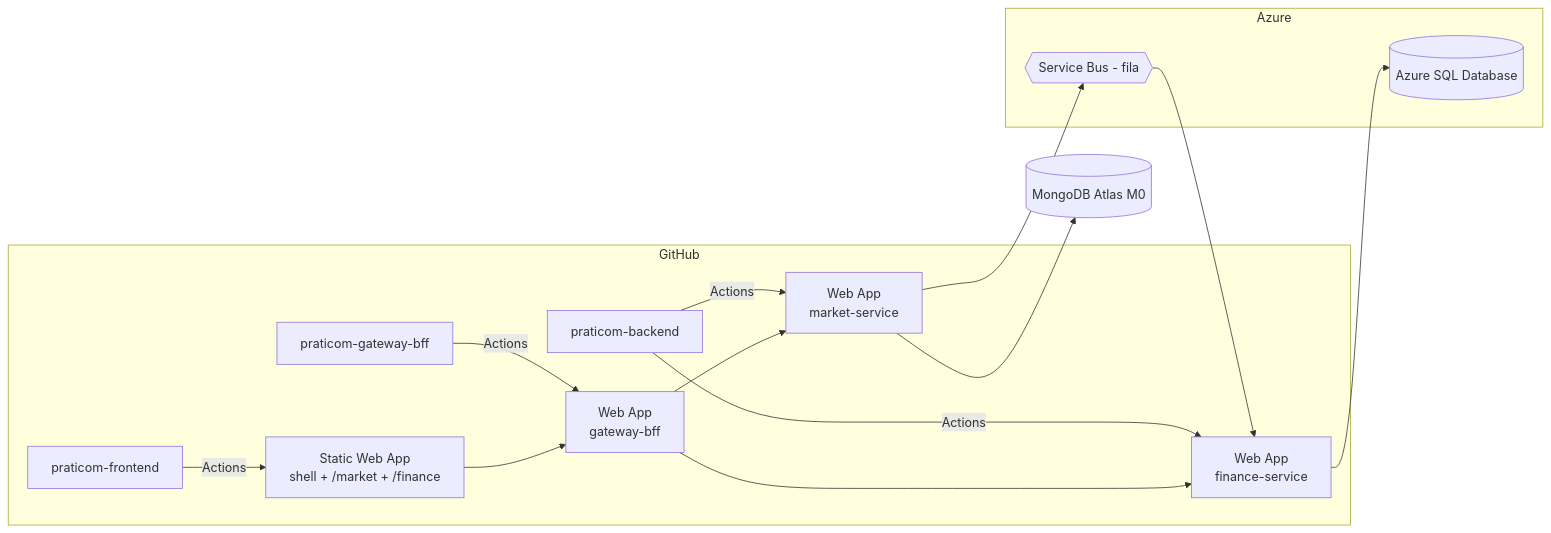
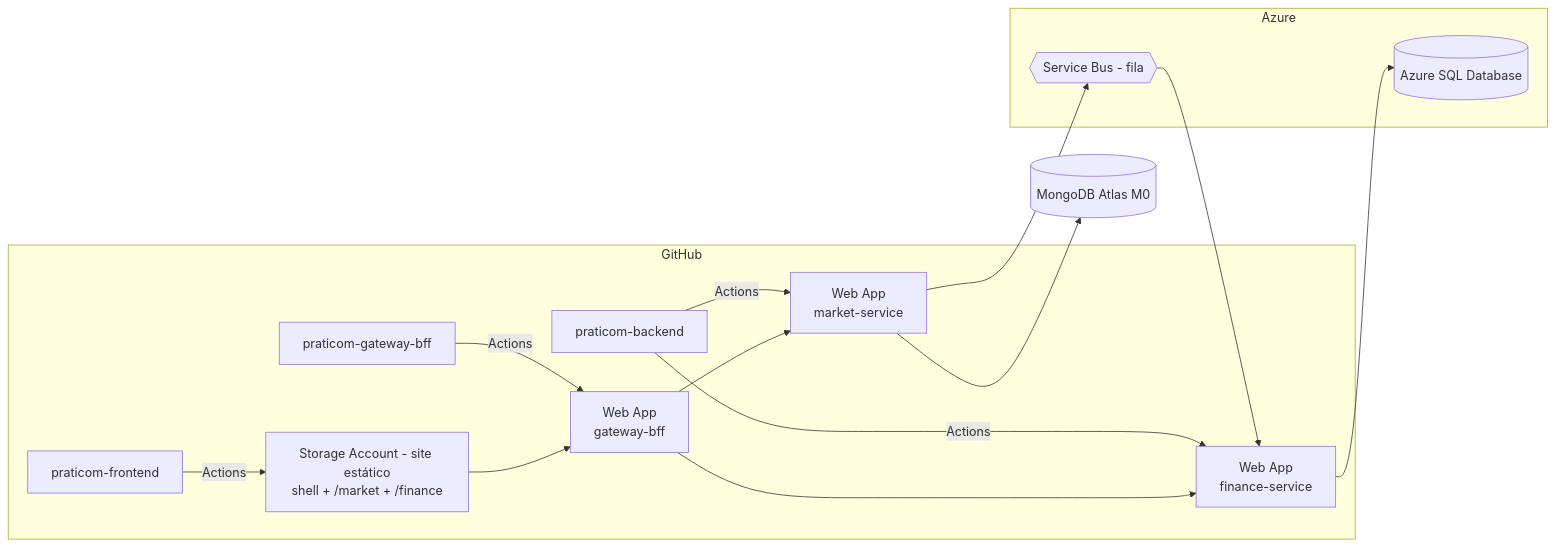
One commit to JapaBKS/praticom-gateway-bff changed the fourth of 4 diagrams in README.md. Above: the diagram before and after it, drawn with Mermaid. The commit also changed other lines of this file and 2 other files, not shown here.

First line of the commit message:
Deploy: site estático no Azure Storage e workflows que só publicam com segredo configurado

````diff
--- a/README.md
+++ b/README.md
@@ -236,23 +236,23 @@
 ```mermaid
 flowchart LR
   subgraph GitHub
     r1[praticom-frontend] -->|Actions| swa
     r2[praticom-gateway-bff] -->|Actions| wa1
     r3[praticom-backend] -->|Actions| wa2
     r3 -->|Actions| wa3
   end
   subgraph Azure
-    swa[Static Web App<br/>shell + /market + /finance]
+    swa[Storage Account - site estático<br/>shell + /market + /finance]
     wa1[Web App<br/>gateway-bff]
     wa2[Web App<br/>market-service]
     wa3[Web App<br/>finance-service]
     sql[(Azure SQL Database)]
     bus{{Service Bus - fila}}
   end
   atlas[(MongoDB Atlas M0)]
   wa2 --> atlas
   wa3 --> sql
   wa2 --> bus --> wa3
   swa --> wa1 --> wa2
   wa1 --> wa3
 ```
````
